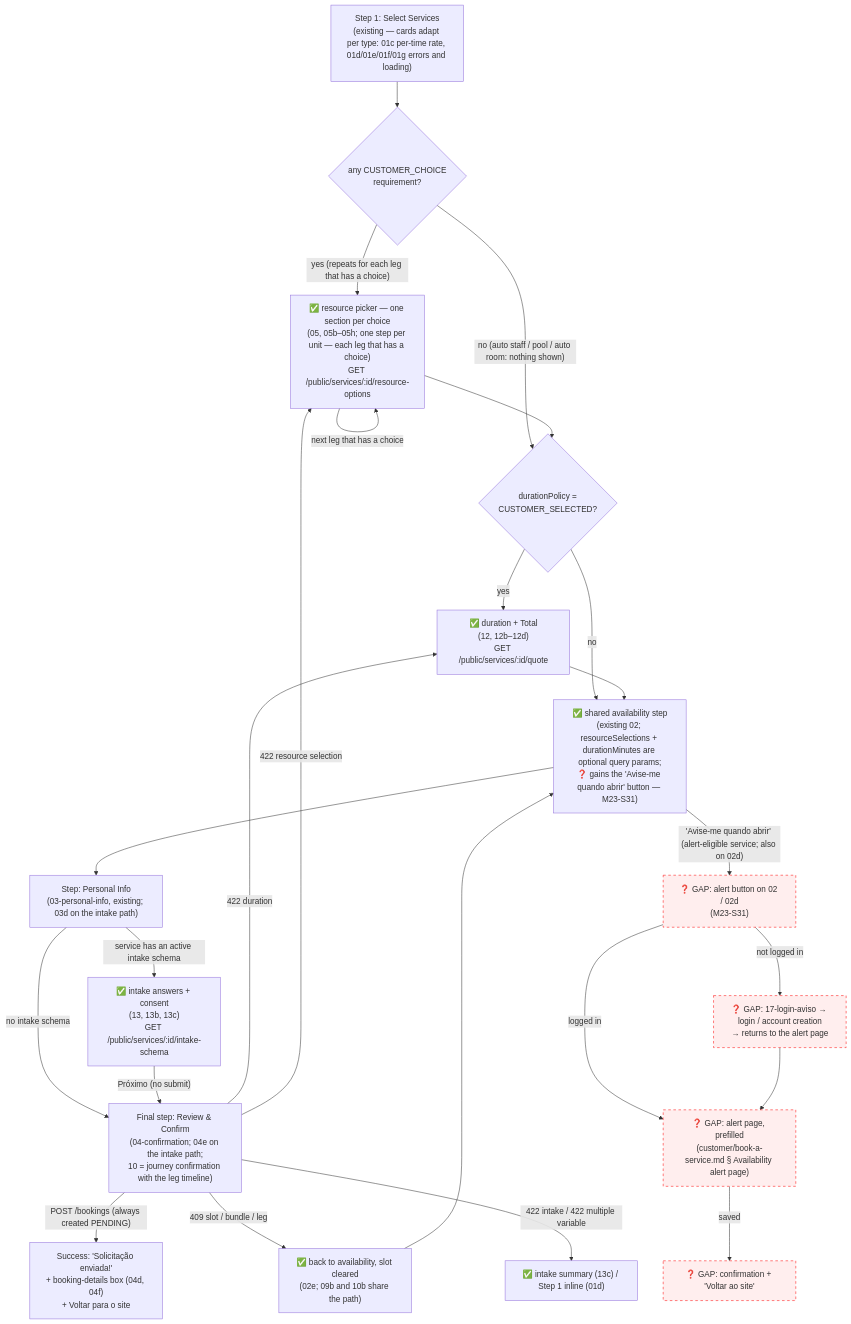
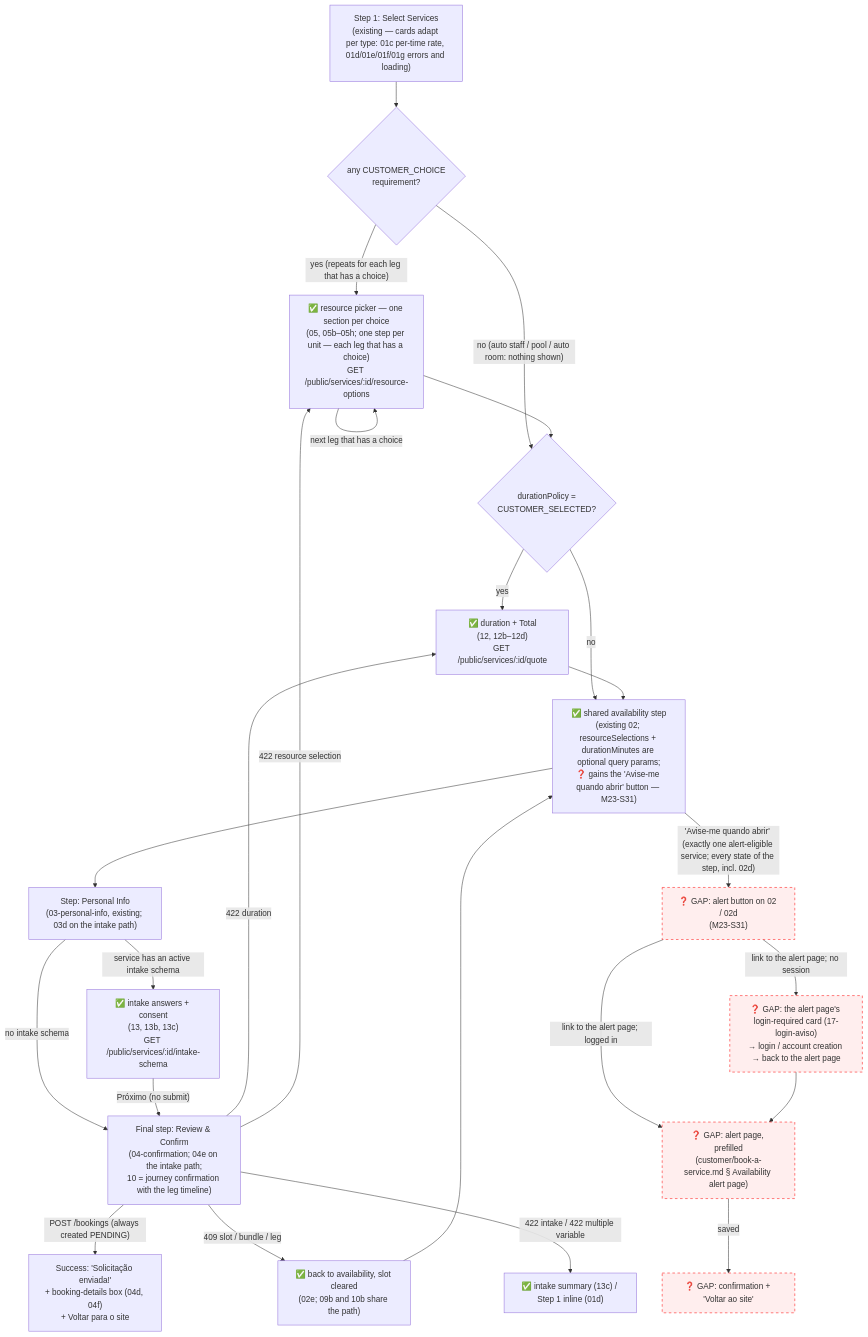
The second of 2 diagrams in plan/journey/guest/book-a-service.md (lmmoreira/ikaro), drawn with Mermaid before and after one commit. The commit also changed other lines of this file and 24 other files, not shown here.

````diff
--- a/plan/journey/guest/book-a-service.md
+++ b/plan/journey/guest/book-a-service.md
@@ -59,30 +59,30 @@
 ```mermaid
 flowchart TD
     classDef gap stroke:#f00,stroke-dasharray: 5 5,fill:#fee
 
     S1b["Step 1: Select Services<br/>(existing — cards adapt per type: 01c per-time rate, 01d/01e/01f/01g errors and loading)"] --> HasChoice{"any CUSTOMER_CHOICE<br/>requirement?"}
     HasChoice -- "yes (repeats for each leg that has a choice)" --> Picker["✅ resource picker — one section per choice<br/>(05, 05b–05h; one step per unit — each leg that has a choice)<br/>GET /public/services/:id/resource-options"]
     HasChoice -- "no (auto staff / pool / auto room: nothing shown)" --> HasDuration
     Picker -->|"next leg that has a choice"| Picker
     Picker --> HasDuration{"durationPolicy =<br/>CUSTOMER_SELECTED?"}
     HasDuration -- "yes" --> Duration["✅ duration + Total<br/>(12, 12b–12d)<br/>GET /public/services/:id/quote"]
     HasDuration -- "no" --> Availability
     Duration --> Availability["✅ shared availability step<br/>(existing 02; resourceSelections + durationMinutes are optional query params;<br/>❓ gains the 'Avise-me quando abrir' button — M23-S31)"]
 
     Availability --> S3m["Step: Personal Info<br/>(03-personal-info, existing; 03d on the intake path)"]
-    Availability -->|"'Avise-me quando abrir' (alert-eligible service; also on 02d)"| AlertBtn["❓ GAP: alert button on 02 / 02d<br/>(M23-S31)"]
-    AlertBtn -->|"not logged in"| AlertLogin["❓ GAP: 17-login-aviso → login / account creation<br/>→ returns to the alert page"]
-    AlertBtn -->|"logged in"| AlertPage["❓ GAP: alert page, prefilled<br/>(customer/book-a-service.md § Availability alert page)"]
+    Availability -->|"'Avise-me quando abrir' (exactly one alert-eligible service; every state of the step, incl. 02d)"| AlertBtn["❓ GAP: alert button on 02 / 02d<br/>(M23-S31)"]
+    AlertBtn -->|"link to the alert page; no session"| AlertLogin["❓ GAP: the alert page's login-required card (17-login-aviso)<br/>→ login / account creation → back to the alert page"]
+    AlertBtn -->|"link to the alert page; logged in"| AlertPage["❓ GAP: alert page, prefilled<br/>(customer/book-a-service.md § Availability alert page)"]
     AlertLogin --> AlertPage
     AlertPage -->|"saved"| AlertDone["❓ GAP: confirmation + 'Voltar ao site'"]
     class AlertBtn,AlertLogin,AlertPage,AlertDone gap
     S3m -->|"service has an active intake schema"| Intake["✅ intake answers + consent<br/>(13, 13b, 13c)<br/>GET /public/services/:id/intake-schema"]
     S3m -->|"no intake schema"| Confirm
     Intake -->|"Próximo (no submit)"| Confirm["Final step: Review & Confirm<br/>(04-confirmation; 04e on the intake path;<br/>10 = journey confirmation with the leg timeline)"]
     Confirm -->|"POST /bookings (always created PENDING)"| Done["Success: 'Solicitação enviada!'<br/>+ booking-details box (04d, 04f)<br/>+ Voltar para o site"]
     Confirm -->|"409 slot / bundle / leg"| BackAvail["✅ back to availability, slot cleared<br/>(02e; 09b and 10b share the path)"]
     Confirm -->|"422 duration"| Duration
     Confirm -->|"422 resource selection"| Picker
     Confirm -->|"422 intake / 422 multiple variable"| Errors["✅ intake summary (13c) / Step 1 inline (01d)"]
     BackAvail --> Availability
 ```
````
